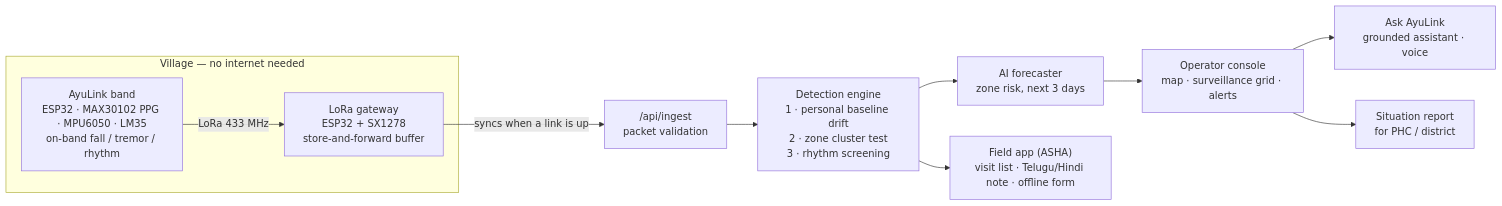
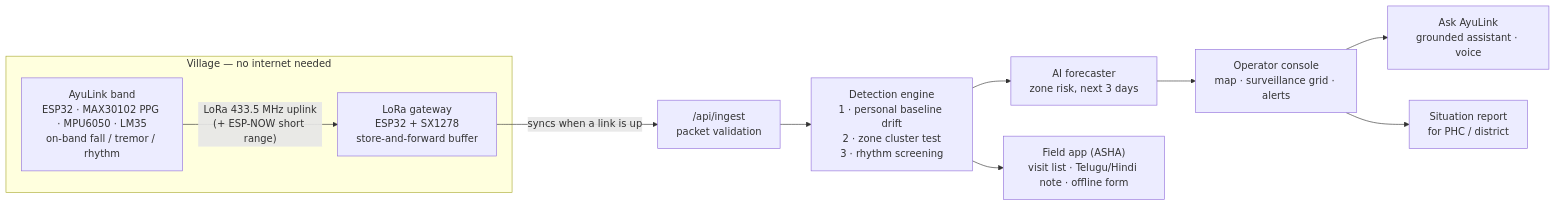
One commit to siddharthathula/ayulink-radar changed the diagram in README.md. Above: the diagram before and after it, drawn with Mermaid. The commit also changed other lines of this file and 6 other files, not shown here.

Commit message:
Real LoRa uplink (433.5 MHz, India duty-cycle limiter), gateway LoRa RX with dedup, location privacy fix

````diff
--- a/README.md
+++ b/README.md
@@ -212,13 +212,13 @@
 ```mermaid
 flowchart LR
   subgraph Village["Village — no internet needed"]
-    B1["AyuLink band<br/>ESP32 · MAX30102 PPG · MPU6050 · LM35<br/>on-band fall / tremor / rhythm"] -- "LoRa 433 MHz" --> G["LoRa gateway<br/>ESP32 + SX1278<br/>store-and-forward buffer"]
+    B1["AyuLink band<br/>ESP32 · MAX30102 PPG · MPU6050 · LM35<br/>on-band fall / tremor / rhythm"] -- "LoRa 433.5 MHz uplink<br/>(+ ESP-NOW short range)" --> G["LoRa gateway<br/>ESP32 + SX1278<br/>store-and-forward buffer"]
   end
   G -- "syncs when a link is up" --> I["/api/ingest<br/>packet validation"]
   I --> E["Detection engine<br/>1 · personal baseline drift<br/>2 · zone cluster test<br/>3 · rhythm screening"]
   E --> AI["AI forecaster<br/>zone risk, next 3 days"]
   AI --> C["Operator console<br/>map · surveillance grid · alerts"]
   C --> A["Ask AyuLink<br/>grounded assistant · voice"]
   E --> F["Field app (ASHA)<br/>visit list · Telugu/Hindi note · offline form"]
   C --> R["Situation report<br/>for PHC / district"]
 ```
````
